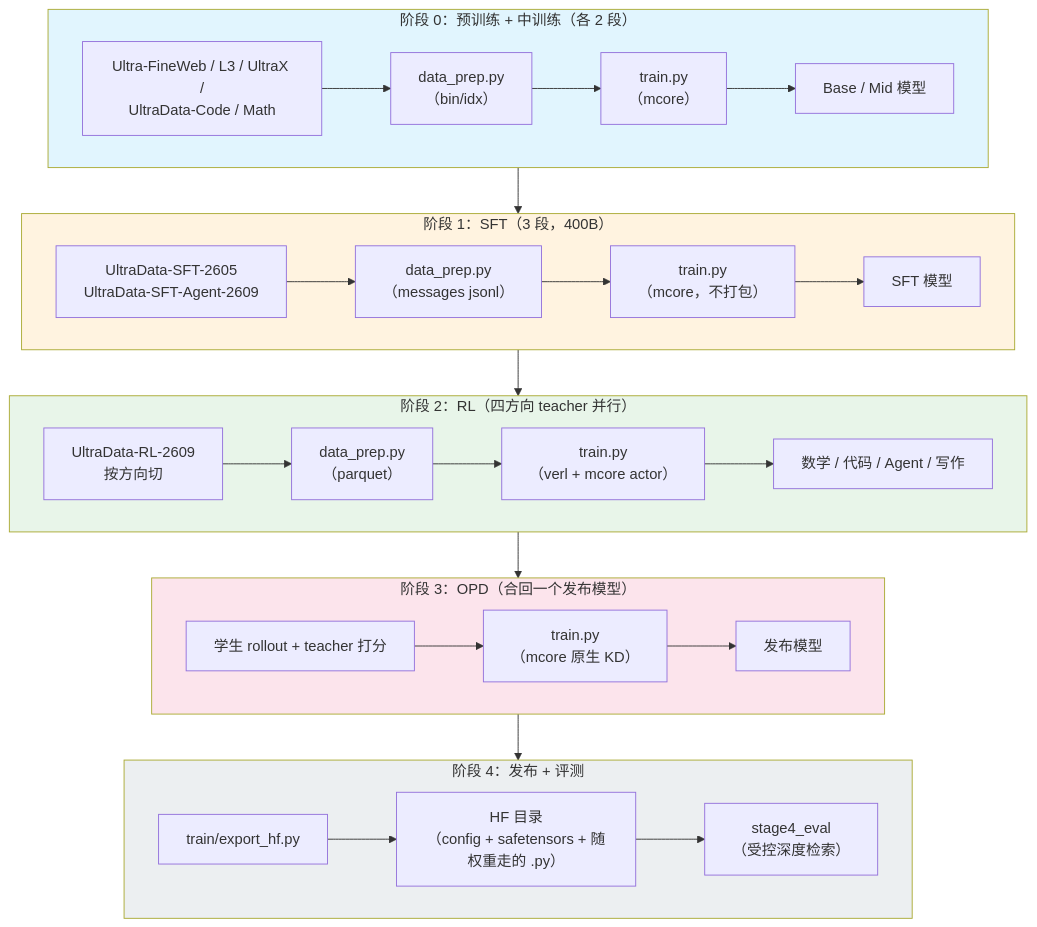
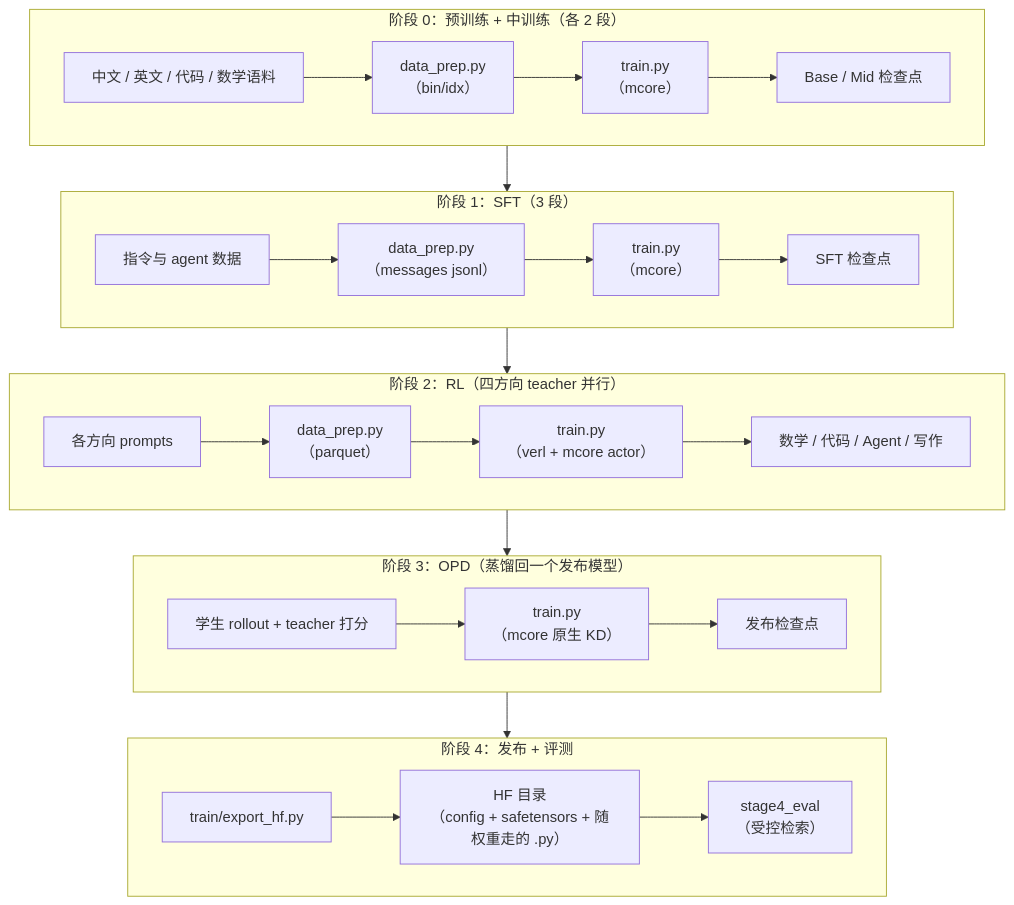
One commit to zongzhilou/shensi changed the first of 2 diagrams in src/shensi/recipes/paper/gated_delta_attn_res/README.md. Above: the diagram before and after it, drawn with Mermaid. The commit also changed other lines of this file and 243 other files, not shown here.

````diff
--- a/src/shensi/recipes/paper/gated_delta_attn_res/README.md
+++ b/src/shensi/recipes/paper/gated_delta_attn_res/README.md
@@ -45,38 +48,32 @@
 ```mermaid
 flowchart TB
     subgraph stage0["阶段 0：预训练 + 中训练（各 2 段）"]
         direction LR
-        raw["Ultra-FineWeb / L3 / UltraX /<br/>UltraData-Code / Math"] --> dp0["data_prep.py<br/>（bin/idx）"] --> train0["train.py<br/>（mcore）"] --> base["Base / Mid 模型"]
+        raw["中文 / 英文 / 代码 / 数学语料"] --> dp0["data_prep.py<br/>（bin/idx）"] --> train0["train.py<br/>（mcore）"] --> base["Base / Mid 检查点"]
     end
 
-    subgraph stage1["阶段 1：SFT（3 段，400B）"]
+    subgraph stage1["阶段 1：SFT（3 段）"]
         direction LR
-        sft["UltraData-SFT-2605<br/>UltraData-SFT-Agent-2609"] --> dp1["data_prep.py<br/>（messages jsonl）"] --> train1["train.py<br/>（mcore，不打包）"] --> sftm["SFT 模型"]
+        sft["指令与 agent 数据"] --> dp1["data_prep.py<br/>（messages jsonl）"] --> train1["train.py<br/>（mcore）"] --> sftm["SFT 检查点"]
     end
 
     subgraph stage2["阶段 2：RL（四方向 teacher 并行）"]
         direction LR
-        rl["UltraData-RL-2609<br/>按方向切"] --> dp2["data_prep.py<br/>（parquet）"] --> train2["train.py<br/>（verl + mcore actor）"] --> teachers["数学 / 代码 / Agent / 写作"]
+        rl["各方向 prompts"] --> dp2["data_prep.py<br/>（parquet）"] --> train2["train.py<br/>（verl + mcore actor）"] --> teachers["数学 / 代码 / Agent / 写作"]
     end
 
-    subgraph stage3["阶段 3：OPD（合回一个发布模型）"]
+    subgraph stage3["阶段 3：OPD（蒸馏回一个发布模型）"]
         direction LR
-        opd["学生 rollout + teacher 打分"] --> train3["train.py<br/>（mcore 原生 KD）"] --> release["发布模型"]
+        opd["学生 rollout + teacher 打分"] --> train3["train.py<br/>（mcore 原生 KD）"] --> release["发布检查点"]
     end
 
     subgraph stage4["阶段 4：发布 + 评测"]
         direction LR
-        pub["train/export_hf.py"] --> hf["HF 目录<br/>（config + safetensors + 随权重走的 .py）"] --> ev["stage4_eval<br/>（受控深度检索）"]
+        pub["train/export_hf.py"] --> hf["HF 目录<br/>（config + safetensors + 随权重走的 .py）"] --> ev["stage4_eval<br/>（受控检索）"]
     end
 
     base --> dp1
     sftm --> dp2
     teachers --> opd
     release --> pub
-
-    style stage0 fill:#e1f5fe
-    style stage1 fill:#fff3e0
-    style stage2 fill:#e8f5e9
-    style stage3 fill:#fce4ec
-    style stage4 fill:#eceff1
 ```
````
